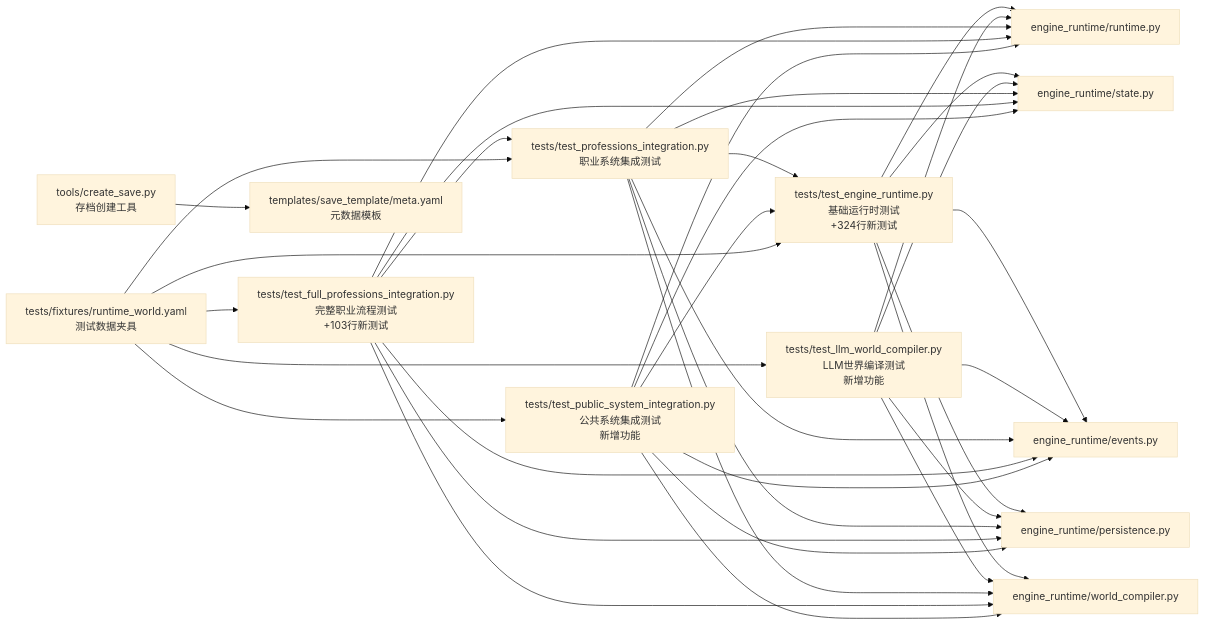
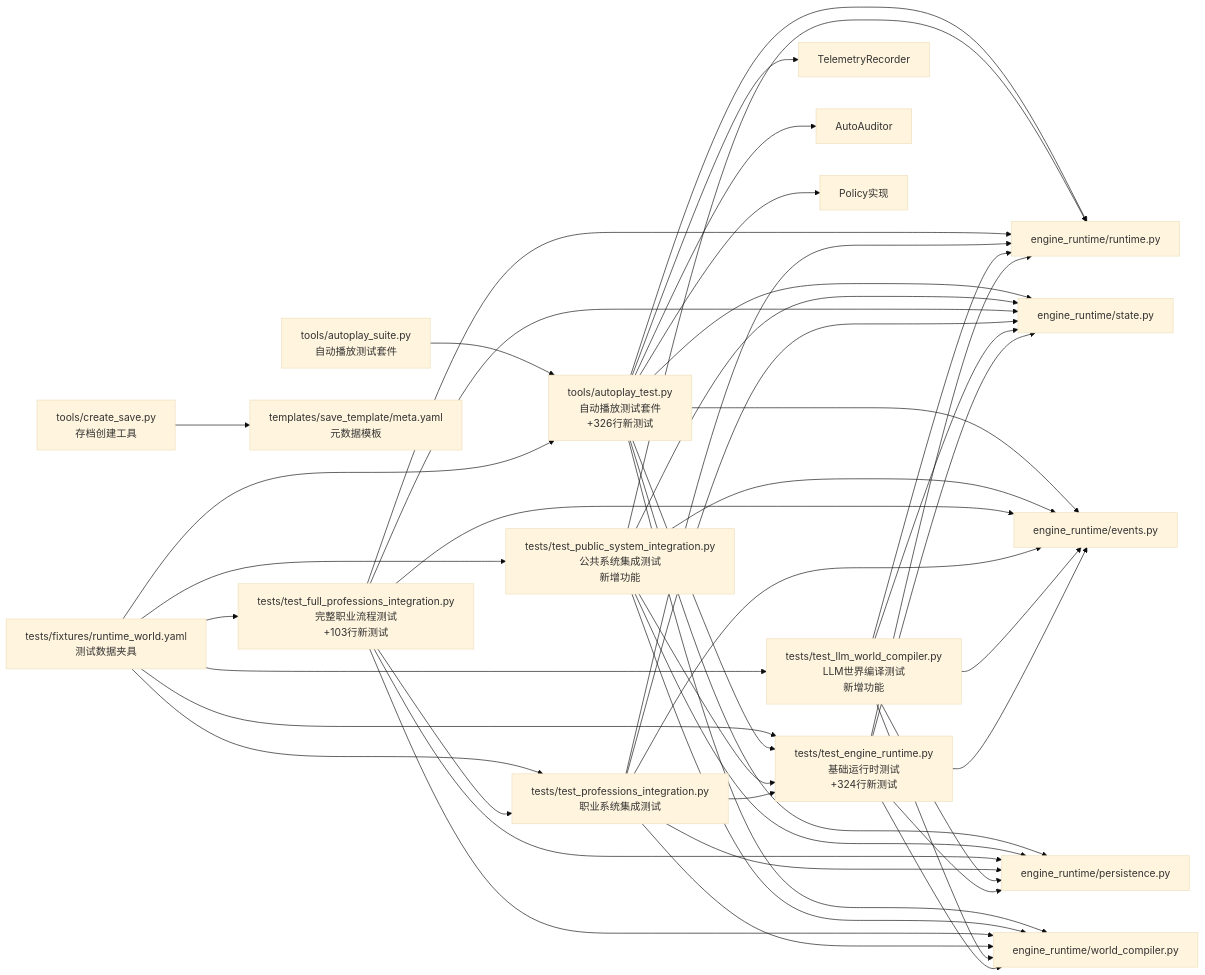
The fourth of 4 diagrams in .qoder/repowiki/zh/content/测试指南.md (Ivandanslespace/thegreatnovel), drawn with Mermaid (base theme) before and after one commit. The commit also changed other lines of this file and 72 other files, not shown here.

````diff
--- a/.qoder/repowiki/zh/content/测试指南.md
+++ b/.qoder/repowiki/zh/content/测试指南.md
@@ -483,37 +565,48 @@
 ```mermaid
 graph LR
 T["tests/test_engine_runtime.py<br/>基础运行时测试<br/>+324行新测试"] --> RT["engine_runtime/runtime.py"]
 T --> ST["engine_runtime/state.py"]
 T --> EV["engine_runtime/events.py"]
 T --> PS["engine_runtime/persistence.py"]
 T --> WC["engine_runtime/world_compiler.py"]
 LLM["tests/test_llm_world_compiler.py<br/>LLM世界编译测试<br/>新增功能"] --> WC
 LLM --> RT
 LLM --> ST
 LLM --> EV
 LLM --> PS
 TP["tests/test_professions_integration.py<br/>职业系统集成测试"] --> T
 TP --> RT
 TP --> ST
 TP --> EV
 TP --> PS
 TP --> WC
 TFP["tests/test_full_professions_integration.py<br/>完整职业流程测试<br/>+103行新测试"] --> TP
 TFP --> RT
 TFP --> ST
 TFP --> EV
 TFP --> PS
 TFP --> WC
 TPS["tests/test_public_system_integration.py<br/>公共系统集成测试<br/>新增功能"] --> T
 TPS --> RT
 TPS --> ST
 TPS --> EV
 TPS --> PS
 TPS --> WC
+APT["tools/autoplay_test.py<br/>自动播放测试套件<br/>+326行新测试"] --> T
+APT --> RT
+APT --> ST
+APT --> EV
+APT --> PS
+APT --> WC
+APT --> TR["TelemetryRecorder"]
+APT --> AA["AutoAuditor"]
+APT --> POL["Policy实现"]
 FX["tests/fixtures/runtime_world.yaml<br/>测试数据夹具"] --> T
 FX --> LLM
 FX --> TP
 FX --> TFP
 FX --> TPS
+FX --> APT
 CS["tools/create_save.py<br/>存档创建工具"] --> TM["templates/save_template/meta.yaml<br/>元数据模板"]
+AS["tools/autoplay_suite.py<br/>自动播放测试套件"] --> APT
 ```
````
